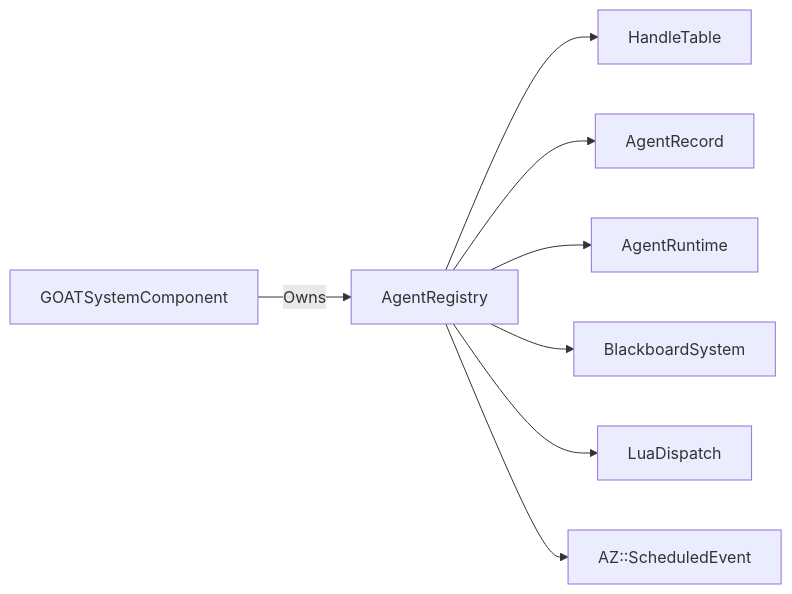
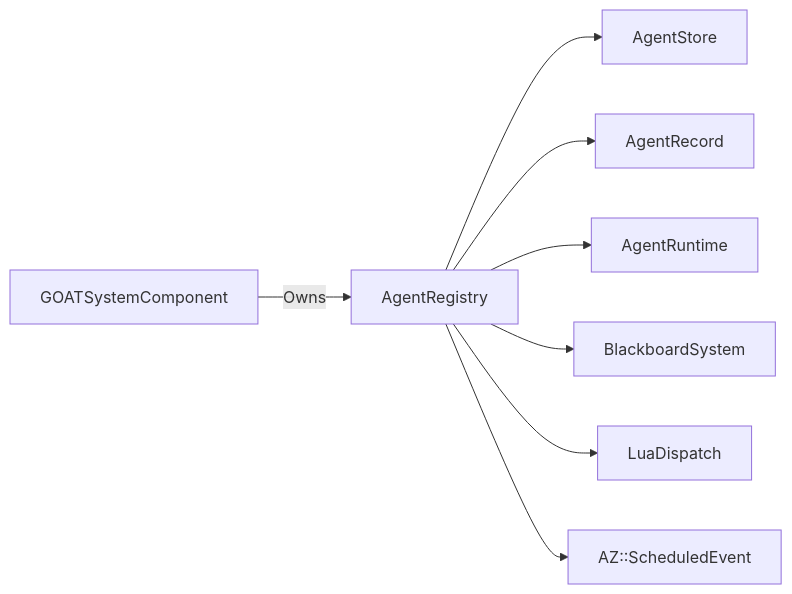
The diagram in Docs/02 - C++ Components/AgentRegistry.md (jabbadablack/G.O.A.T), drawn with Mermaid before and after one commit. The commit also changed other lines of this file and 44 other files, not shown here.

````diff
--- a/Docs/02 - C++ Components/AgentRegistry.md
+++ b/Docs/02 - C++ Components/AgentRegistry.md
@@ -82,10 +82,10 @@
 ```mermaid
 graph LR
     A[GOATSystemComponent] -->|Owns| B[AgentRegistry]
-    B --> C[HandleTable]
+    B --> C[AgentStore]
     B --> D[AgentRecord]
     B --> E[AgentRuntime]
     B --> F[BlackboardSystem]
     B --> G[LuaDispatch]
     B --> H[AZ::ScheduledEvent]
 ```
````
